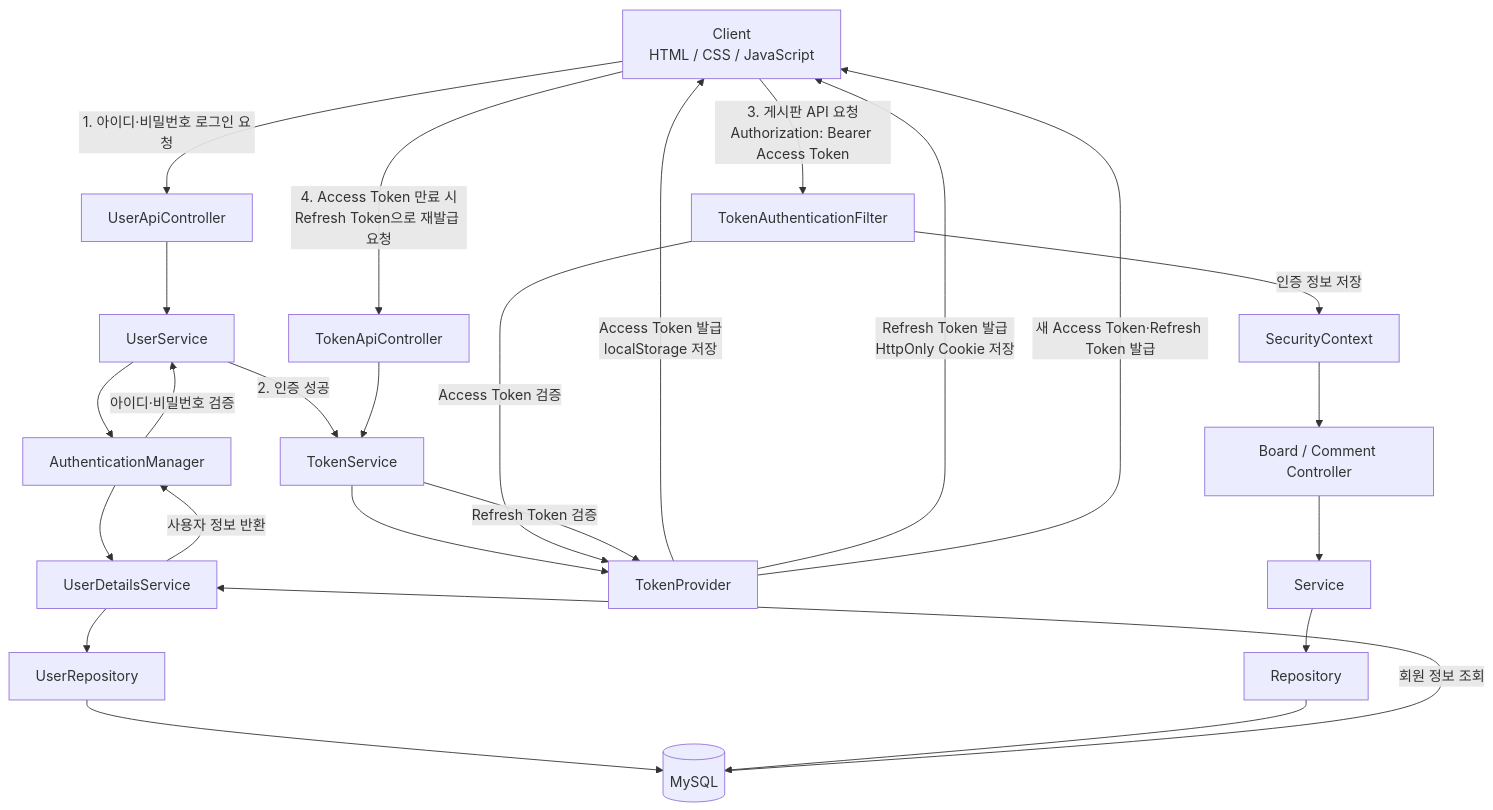
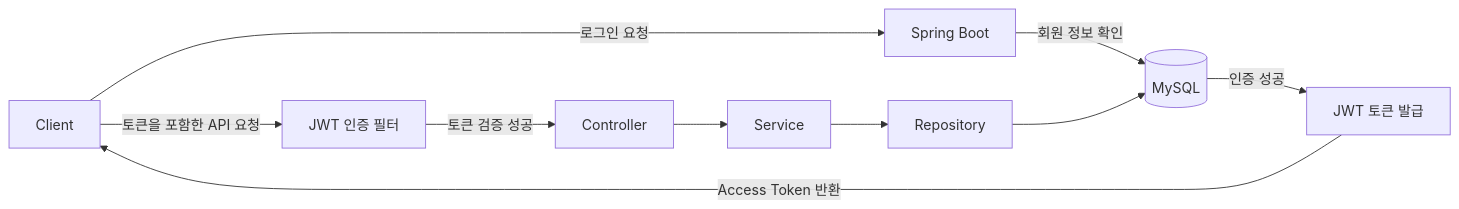
The diagram in 2026_07_31/Board-Token/README.md (HanChaehui/programmers-dev-study), drawn with Mermaid before and after one commit. The commit also changed other lines of this file, not shown here.

Commit message:
Revise README with new architecture and login flow
Updated system architecture diagram and login process description.

````diff
--- a/2026_07_31/Board-Token/README.md
+++ b/2026_07_31/Board-Token/README.md
@@ -3,34 +3,13 @@
 ```mermaid
-flowchart TD
-    A[Client<br/>HTML / CSS / JavaScript]
+flowchart LR
+    A[Client] -->|로그인 요청| B[Spring Boot]
+    B -->|회원 정보 확인| C[(MySQL)]
+    C -->|인증 성공| D[JWT 토큰 발급]
+    D -->|Access Token 반환| A
 
-    A -->|1. 아이디·비밀번호 로그인 요청| B[UserApiController]
-    B --> C[UserService]
-    C --> D[AuthenticationManager]
-    D --> E[UserDetailsService]
-    E --> F[UserRepository]
-    F --> G[(MySQL)]
-
-    G -->|회원 정보 조회| E
-    E -->|사용자 정보 반환| D
-    D -->|아이디·비밀번호 검증| C
-
-    C -->|2. 인증 성공| H[TokenService]
-    H --> I[TokenProvider]
-    I -->|Access Token 발급<br/>localStorage 저장| A
-    I -->|Refresh Token 발급<br/>HttpOnly Cookie 저장| A
-
-    A -->|3. 게시판 API 요청<br/>Authorization: Bearer Access Token| J[TokenAuthenticationFilter]
-    J -->|Access Token 검증| I
-    J -->|인증 정보 저장| K[SecurityContext]
-
-    K --> L[Board / Comment Controller]
-    L --> M[Service]
-    M --> N[Repository]
-    N --> G
-
-    A -->|4. Access Token 만료 시<br/>Refresh Token으로 재발급 요청| O[TokenApiController]
-    O --> H
-    H -->|Refresh Token 검증| I
-    I -->|새 Access Token·Refresh Token 발급| A
+    A -->|토큰을 포함한 API 요청| E[JWT 인증 필터]
+    E -->|토큰 검증 성공| F[Controller]
+    F --> G[Service]
+    G --> H[Repository]
+    H --> C
 ```
````
